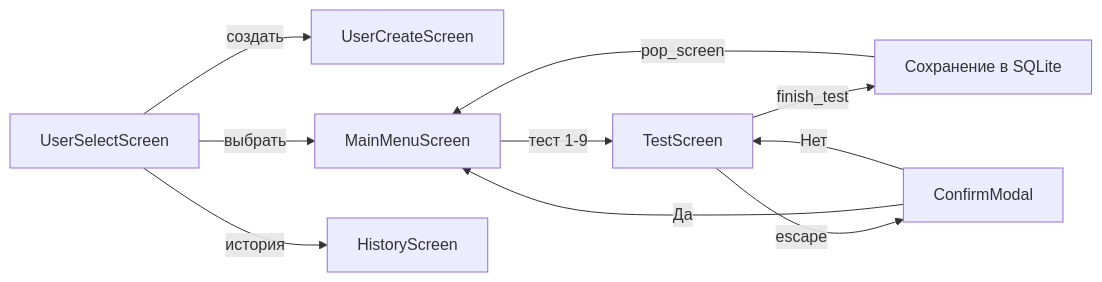
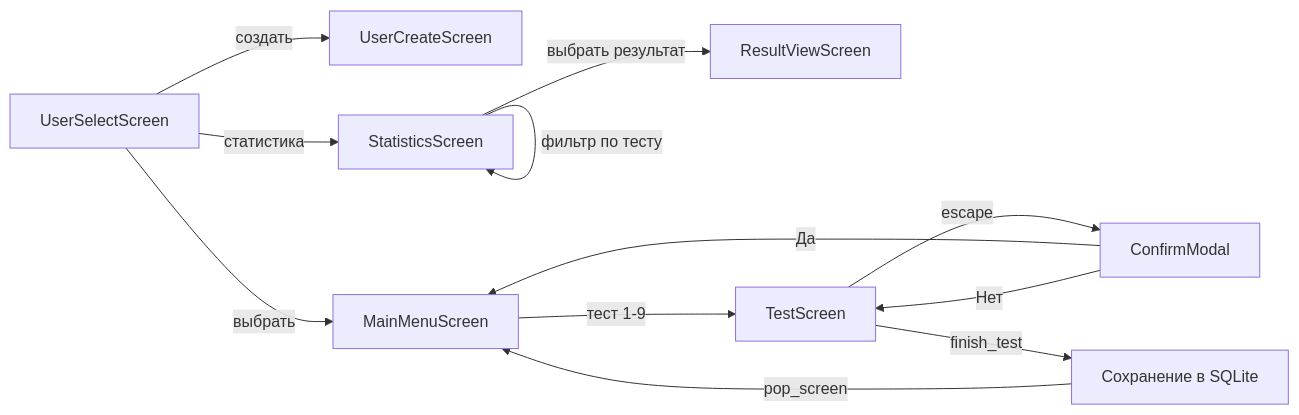
The second of 7 diagrams in docs/development.md (levpr1c/psychotests), drawn with Mermaid before and after one commit. The commit also changed other lines of this file and 1 other file, not shown here.

````diff
--- a/docs/development.md
+++ b/docs/development.md
@@ -41,12 +43,14 @@
 ```mermaid
 flowchart LR
     A[UserSelectScreen] -->|создать| B[UserCreateScreen]
     A -->|выбрать| C[MainMenuScreen]
-    A -->|история| D[HistoryScreen]
-    C -->|тест 1-9| E[TestScreen]
-    E -->|finish_test| F[Сохранение в SQLite]
-    F -->|pop_screen| C
-    E -->|escape| G[ConfirmModal]
-    G -->|Да| C
-    G -->|Нет| E
+    A -->|статистика| D[StatisticsScreen]
+    D -->|фильтр по тесту| D
+    D -->|выбрать результат| E[ResultViewScreen]
+    C -->|тест 1-9| F[TestScreen]
+    F -->|finish_test| G[Сохранение в SQLite]
+    G -->|pop_screen| C
+    F -->|escape| H[ConfirmModal]
+    H -->|Да| C
+    H -->|Нет| F
 ```
````
